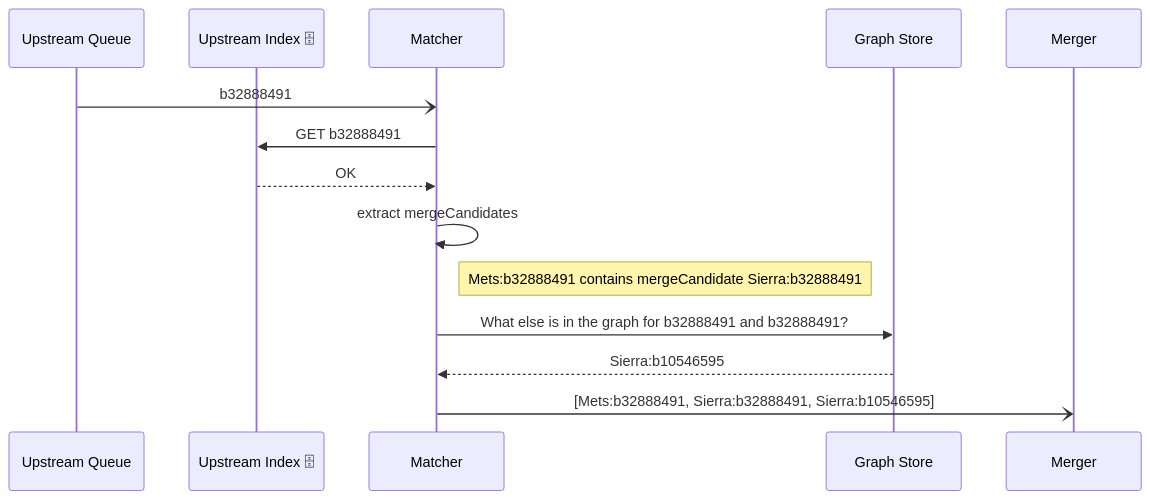
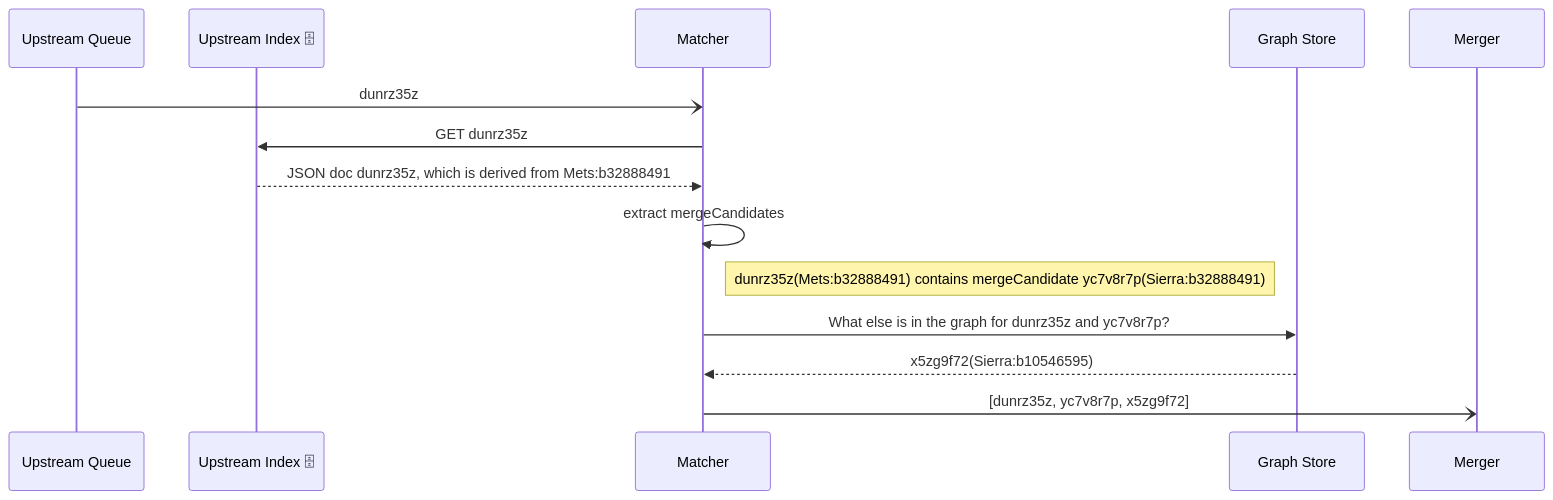
The diagram in pipeline/matcher/README.md (wellcomecollection/catalogue-pipeline), drawn with Mermaid before and after one commit.

Commit message:
make the sequence diagram a bit more honest

````diff
--- a/pipeline/matcher/README.md
+++ b/pipeline/matcher/README.md
@@ -35,17 +35,17 @@
 ```mermaid
 sequenceDiagram
     participant Upstream Queue
     participant Upstream Index 🗄
     participant Matcher
     participant Graph Store
-    Upstream Queue -) Matcher: b32888491
+    Upstream Queue -) Matcher: dunrz35z
     participant Merger
-    Matcher ->> Upstream Index 🗄: GET b32888491
-    Upstream Index 🗄 -->> Matcher: OK
+    Matcher ->> Upstream Index 🗄: GET dunrz35z
+    Upstream Index 🗄 -->> Matcher: JSON doc dunrz35z, which is derived from Mets:b32888491
     Matcher ->> Matcher: extract mergeCandidates
-    Note right of Matcher: Mets:b32888491 contains mergeCandidate Sierra:b32888491
-    Matcher ->> Graph Store: What else is in the graph for b32888491 and b32888491?
-    Graph Store -->> Matcher: Sierra:b10546595
-    Matcher -) Merger: [Mets:b32888491, Sierra:b32888491, Sierra:b10546595]
+    Note right of Matcher: dunrz35z(Mets:b32888491) contains mergeCandidate yc7v8r7p(Sierra:b32888491)
+    Matcher ->> Graph Store: What else is in the graph for dunrz35z and yc7v8r7p?
+    Graph Store -->> Matcher: x5zg9f72(Sierra:b10546595)
+    Matcher -) Merger: [dunrz35z, yc7v8r7p, x5zg9f72]
 
 ```
````
